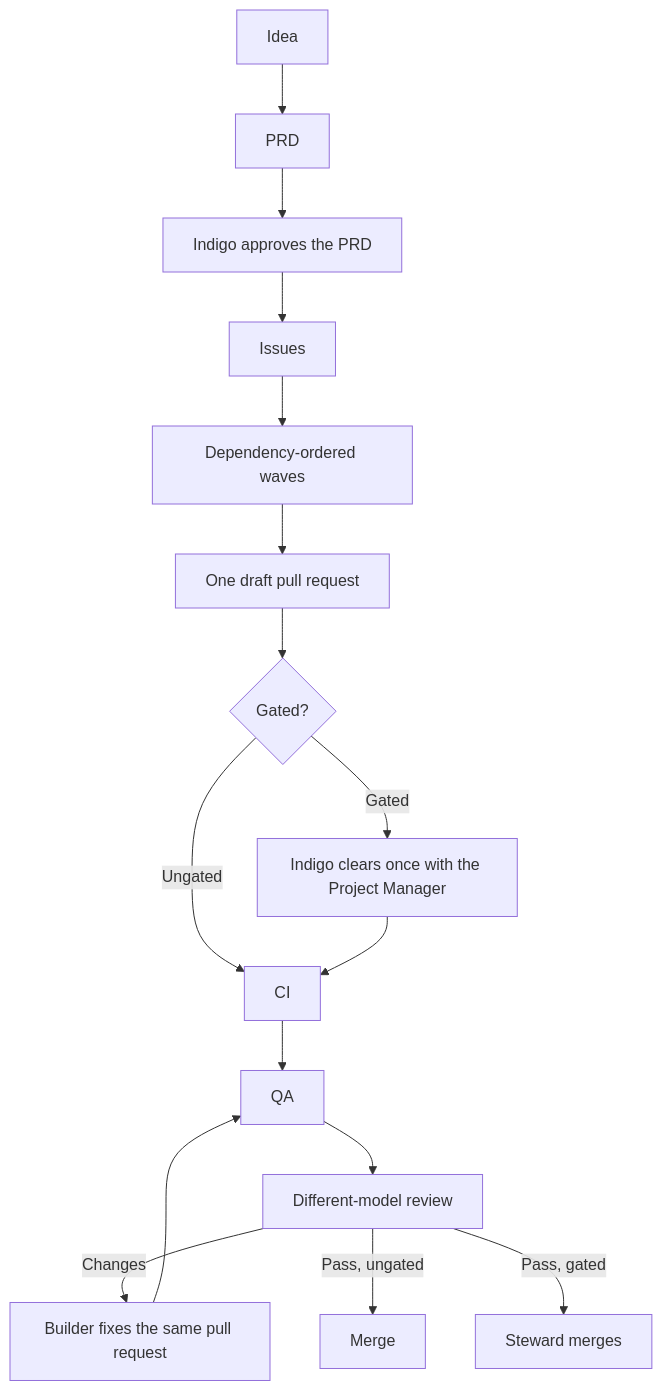
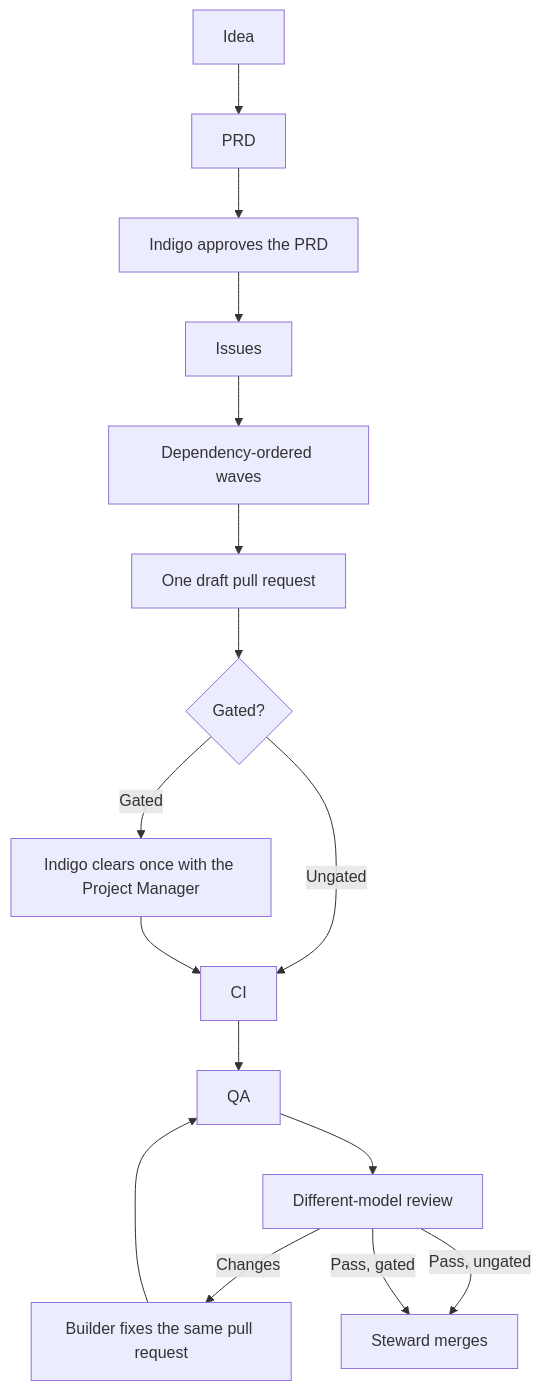
The diagram in docs/PROCESS.md (igrady2/cant-bleep-this), drawn with Mermaid before and after one commit. The commit also changed other lines of this file and 1 other file, not shown here.

Commit message:
Have Steward merge both paths and add Composer review routing.

````diff
--- a/docs/PROCESS.md
+++ b/docs/PROCESS.md
@@ -35,18 +36,18 @@
 ```mermaid
 flowchart TD
   idea[Idea] --> prd[PRD]
   prd --> approved[Indigo approves the PRD]
   approved --> issues[Issues]
   issues --> waves[Dependency-ordered waves]
   waves --> draft[One draft pull request]
   draft --> gated{Gated?}
   gated -->|Ungated| ci[CI]
   gated -->|Gated| clear[Indigo clears once with the Project Manager]
   clear --> ci
   ci --> qa[QA]
   qa --> review[Different-model review]
   review -->|Changes| fix[Builder fixes the same pull request]
   fix --> qa
-  review -->|"Pass, ungated"| merge[Merge]
-  review -->|"Pass, gated"| steward[Steward merges]
+  review -->|"Pass, ungated"| steward[Steward merges]
+  review -->|"Pass, gated"| steward
 ```
````
